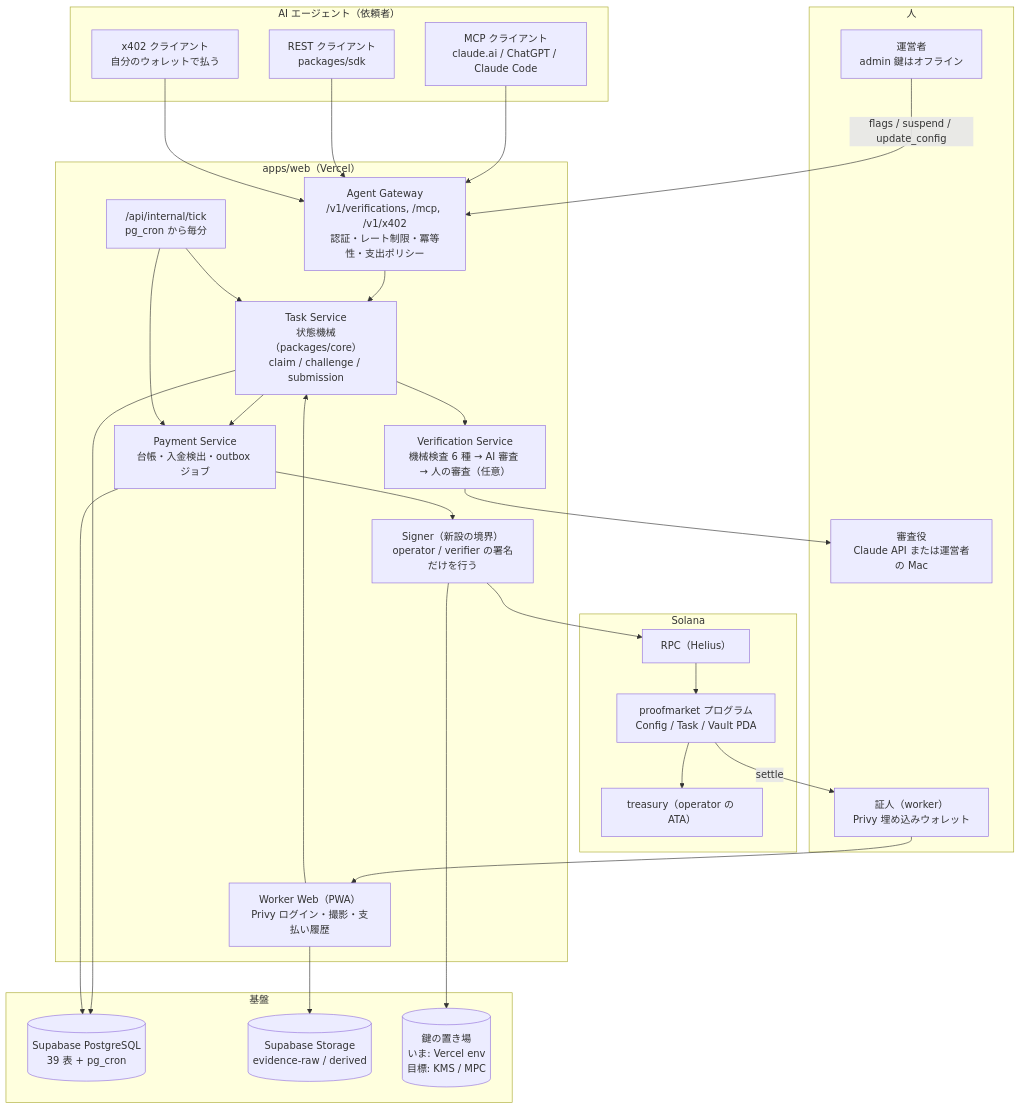
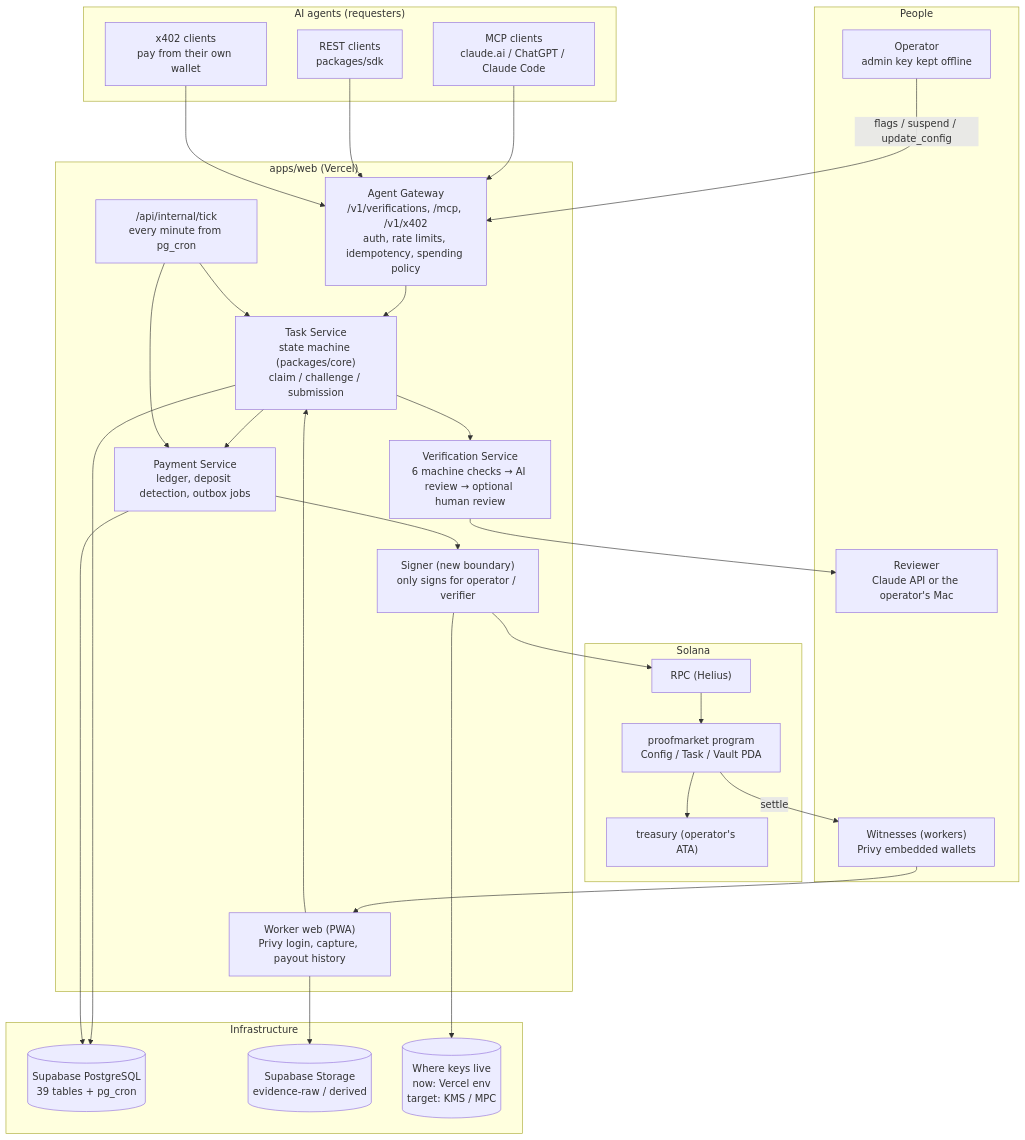
Before and after one commit to shoripanda/proofmarket: the diagram in docs/architecture/03-target-architecture.md, drawn with Mermaid. The commit also changed other lines of this file and 17 other files, not shown here.

First line of the commit message:
docs: translate the top-level files and docs/architecture into English

````diff
--- a/docs/architecture/03-target-architecture.md
+++ b/docs/architecture/03-target-architecture.md
@@ -21,58 +21,58 @@
 ```mermaid
 flowchart TB
-  subgraph agents["AI エージェント（依頼者）"]
-    MCP["MCP クライアント<br/>claude.ai / ChatGPT / Claude Code"]
-    REST["REST クライアント<br/>packages/sdk"]
-    X402["x402 クライアント<br/>自分のウォレットで払う"]
+  subgraph agents["AI agents (requesters)"]
+    MCP["MCP clients<br/>claude.ai / ChatGPT / Claude Code"]
+    REST["REST clients<br/>packages/sdk"]
+    X402["x402 clients<br/>pay from their own wallet"]
   end
 
-  subgraph web["apps/web（Vercel）"]
-    GW["Agent Gateway<br/>/v1/verifications, /mcp, /v1/x402<br/>認証・レート制限・冪等性・支出ポリシー"]
-    TASK["Task Service<br/>状態機械（packages/core）<br/>claim / challenge / submission"]
-    VER["Verification Service<br/>機械検査 6 種 → AI 審査 → 人の審査（任意）"]
-    PAY["Payment Service<br/>台帳・入金検出・outbox ジョブ"]
-    SIGN["Signer（新設の境界）<br/>operator / verifier の署名だけを行う"]
-    TICK["/api/internal/tick<br/>pg_cron から毎分"]
-    WORKER["Worker Web（PWA）<br/>Privy ログイン・撮影・支払い履歴"]
+  subgraph web["apps/web (Vercel)"]
+    GW["Agent Gateway<br/>/v1/verifications, /mcp, /v1/x402<br/>auth, rate limits, idempotency, spending policy"]
+    TASK["Task Service<br/>state machine (packages/core)<br/>claim / challenge / submission"]
+    VER["Verification Service<br/>6 machine checks → AI review → optional human review"]
+    PAY["Payment Service<br/>ledger, deposit detection, outbox jobs"]
+    SIGN["Signer (new boundary)<br/>only signs for operator / verifier"]
+    TICK["/api/internal/tick<br/>every minute from pg_cron"]
+    WORKER["Worker web (PWA)<br/>Privy login, capture, payout history"]
   end
 
-  subgraph infra["基盤"]
-    DB[("Supabase PostgreSQL<br/>39 表 + pg_cron")]
+  subgraph infra["Infrastructure"]
+    DB[("Supabase PostgreSQL<br/>39 tables + pg_cron")]
     STORE[("Supabase Storage<br/>evidence-raw / derived")]
-    KMS[("鍵の置き場<br/>いま: Vercel env<br/>目標: KMS / MPC")]
+    KMS[("Where keys live<br/>now: Vercel env<br/>target: KMS / MPC")]
   end
 
   subgraph chain["Solana"]
-    RPC["RPC（Helius）"]
-    PROG["proofmarket プログラム<br/>Config / Task / Vault PDA"]
-    TREAS["treasury（operator の ATA）"]
+    RPC["RPC (Helius)"]
+    PROG["proofmarket program<br/>Config / Task / Vault PDA"]
+    TREAS["treasury (operator's ATA)"]
   end
 
-  subgraph people["人"]
-    W["証人（worker）<br/>Privy 埋め込みウォレット"]
-    OP["運営者<br/>admin 鍵はオフライン"]
-    REV["審査役<br/>Claude API または運営者の Mac"]
+  subgraph people["People"]
+    W["Witnesses (workers)<br/>Privy embedded wallets"]
+    OP["Operator<br/>admin key kept offline"]
+    REV["Reviewer<br/>Claude API or the operator's Mac"]
   end
 
   MCP --> GW
   REST --> GW
   X402 --> GW
   GW --> TASK
   TASK --> DB
   TASK --> PAY
   PAY --> DB
   PAY --> SIGN
   SIGN --> KMS
   SIGN --> RPC
   RPC --> PROG
   PROG --> TREAS
   PROG -->|settle| W
   TICK --> PAY
   TICK --> TASK
   WORKER --> TASK
   WORKER --> STORE
   W --> WORKER
   TASK --> VER
   VER --> REV
   OP -->|flags / suspend / update_config| GW
 ```
````
